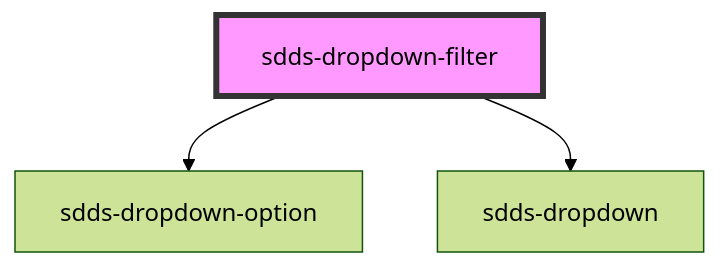
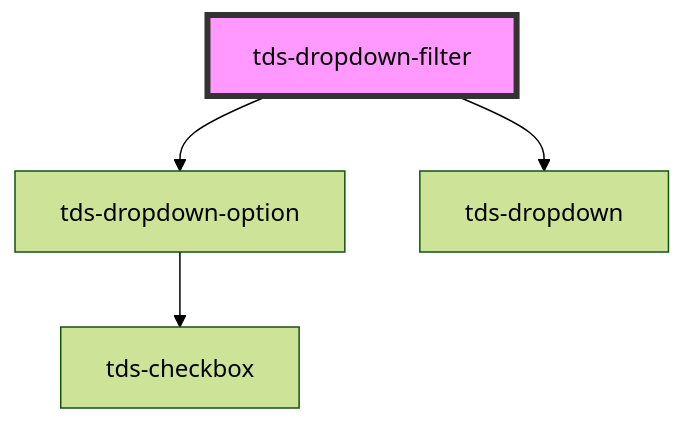
The diagram in core/src/components/dropdown/dropdown-filter/readme.md (scania-digital-design-system/tegel), drawn with Mermaid (forest theme) before and after one commit. The commit also changed other lines of this file and 11 other files, not shown here.

````diff
--- a/core/src/components/dropdown/dropdown-filter/readme.md
+++ b/core/src/components/dropdown/dropdown-filter/readme.md
@@ -48,6 +48,7 @@
 ```mermaid
 graph TD;
-  sdds-dropdown-filter --> sdds-dropdown-option
-  sdds-dropdown-filter --> sdds-dropdown
-  style sdds-dropdown-filter fill:#f9f,stroke:#333,stroke-width:4px
+  tds-dropdown-filter --> tds-dropdown-option
+  tds-dropdown-filter --> tds-dropdown
+  tds-dropdown-option --> tds-checkbox
+  style tds-dropdown-filter fill:#f9f,stroke:#333,stroke-width:4px
 ```
````
